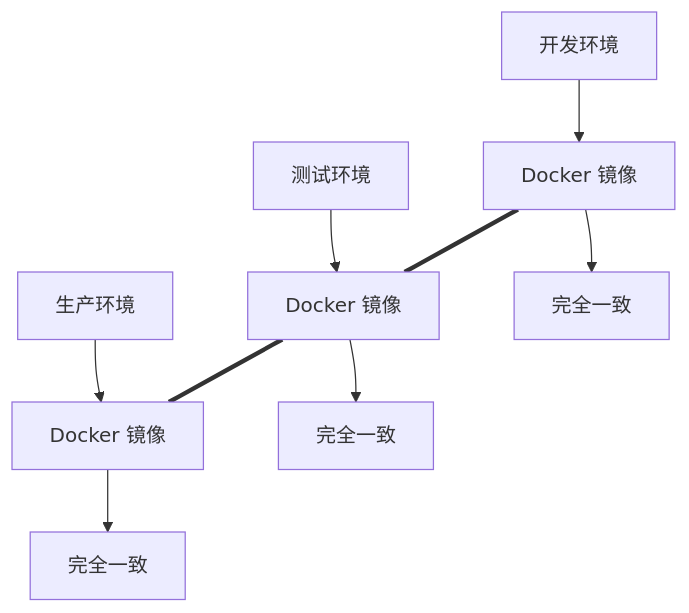
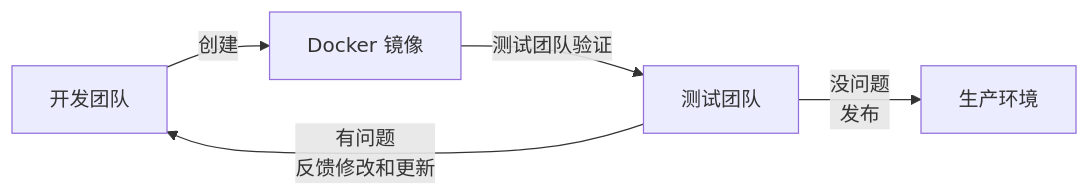
The first of 4 diagrams in 01_introduction/1.3_why.md (yeasy/docker_practice), drawn with Mermaid before and after one commit.

Commit message:
Update figure

````diff
--- a/01_introduction/1.3_why.md
+++ b/01_introduction/1.3_why.md
@@ -65,12 +65,7 @@
 ```mermaid
-flowchart TD
-    dev["开发环境"] --> img1["Docker 镜像"]
-    test["测试环境"] --> img2["Docker 镜像"]
-    prod["生产环境"] --> img3["Docker 镜像"]
-    
-    img1 === img2 === img3
-    
-    img1 --> res1["完全一致"]
-    img2 --> res2["完全一致"]
-    img3 --> res3["完全一致"]
+flowchart LR
+    dev["开发团队"] -->|创建| img["Docker 镜像"]
+    img -->|测试团队验证| test["测试团队"]
+    test -- "有问题<br/>反馈修改和更新" --> dev
+    test -- "没问题<br/>发布" --> prod["生产环境"]
 ```
````
